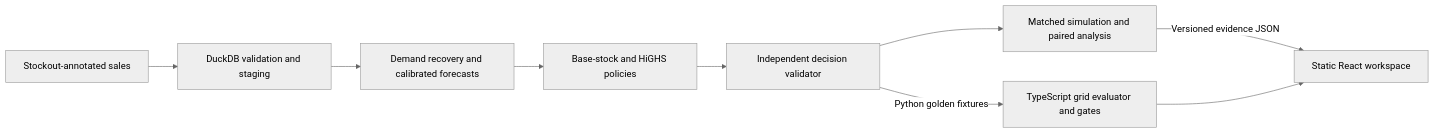
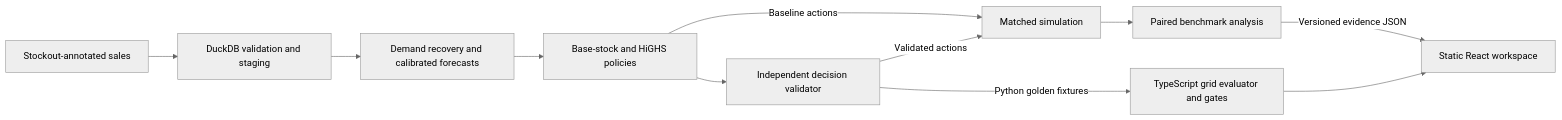
The diagram in README.md (AbhinavVarma02/Enterprise-Decision-Intelligence), drawn with Mermaid (neutral theme) before and after one commit. The commit also changed other lines of this file and 6 other files, not shown here.

````diff
--- a/README.md
+++ b/README.md
@@ -30,11 +30,13 @@
 ```mermaid
 flowchart LR
   DATA[Stockout-annotated sales] --> PIPE[DuckDB validation and staging]
   PIPE --> FC[Demand recovery and calibrated forecasts]
   FC --> P[Base-stock and HiGHS policies]
+  P -->|Baseline actions| SIM[Matched simulation]
   P --> V[Independent decision validator]
-  V --> BEN[Matched simulation and paired analysis]
+  V -->|Validated actions| SIM
+  SIM --> BEN[Paired benchmark analysis]
   BEN -->|Versioned evidence JSON| UI[Static React workspace]
   V -->|Python golden fixtures| E[TypeScript grid evaluator and gates]
   E --> UI
 ```
````
